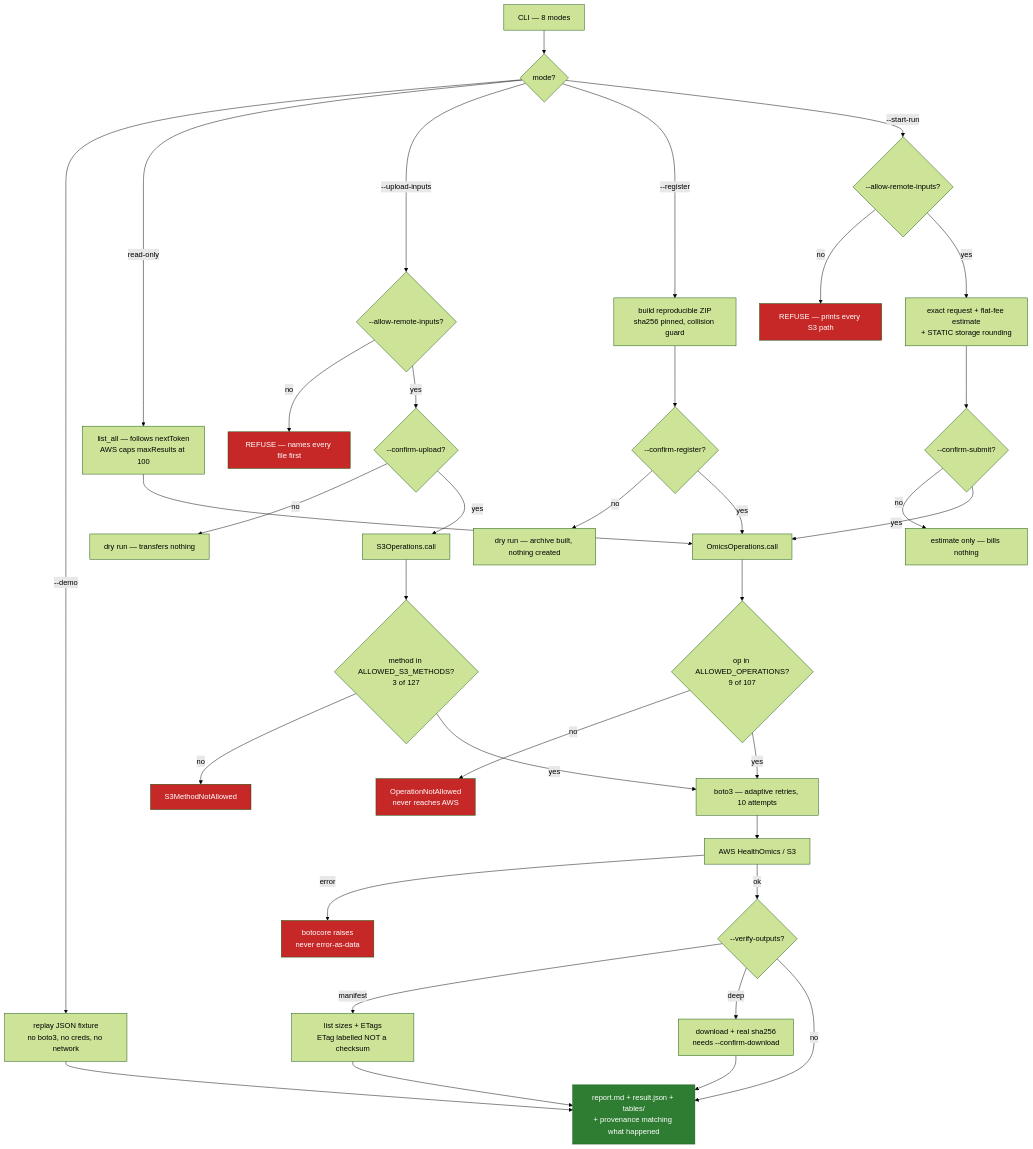
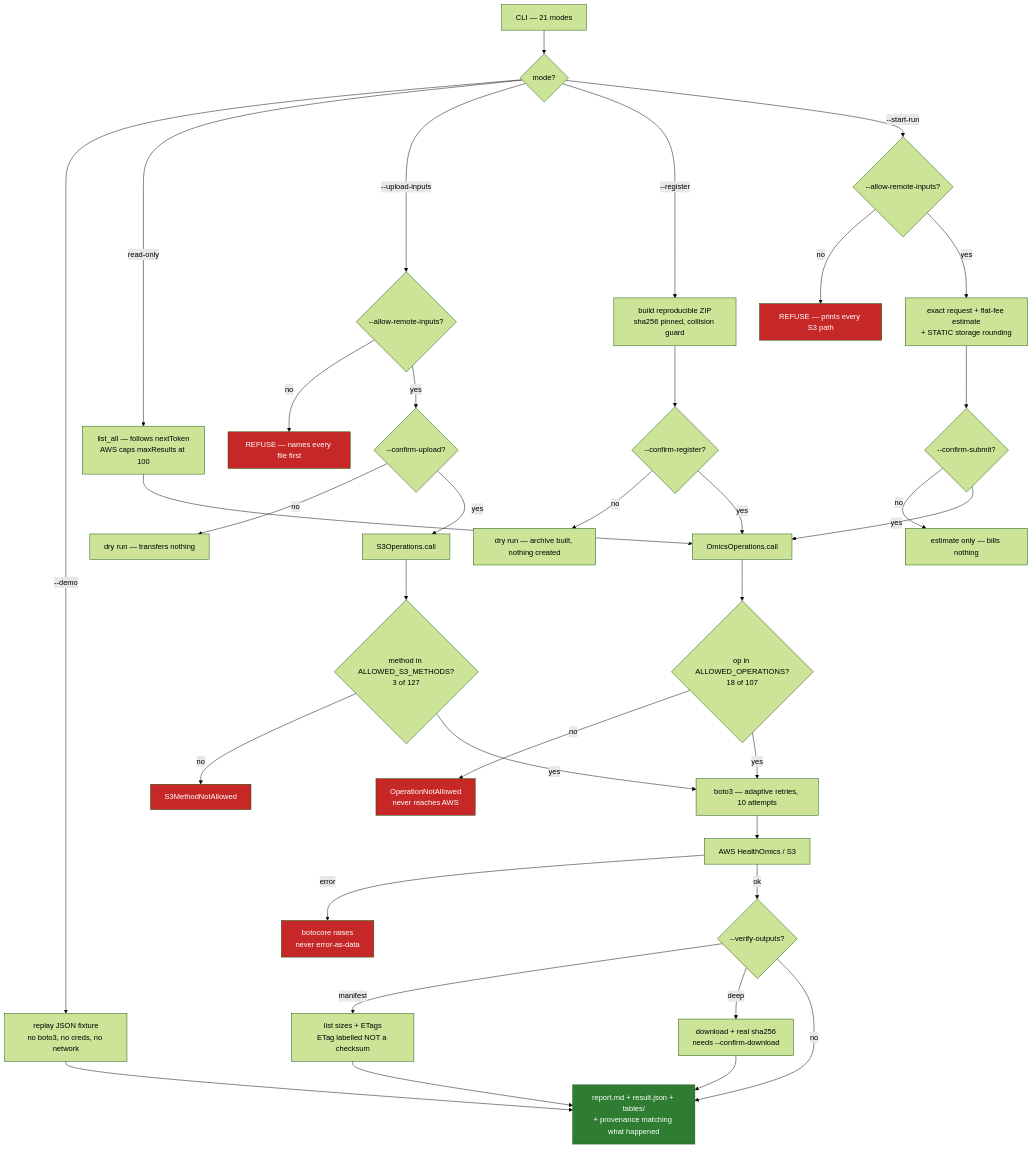
One commit to DNAWave-bio/ClawBio changed the diagram in skills/healthomics-bridge/COMPARISON.md. Above: the diagram before and after it, drawn with Mermaid (forest theme). The commit also changed other lines of this file and 13 other files, not shown here.

````diff
--- a/skills/healthomics-bridge/COMPARISON.md
+++ b/skills/healthomics-bridge/COMPARISON.md
@@ -113,44 +113,44 @@
 ```mermaid
 flowchart TD
-    CLI["CLI — 8 modes"] --> MODE{mode?}
+    CLI["CLI — 21 modes"] --> MODE{mode?}
     MODE -->|--demo| FIX["replay JSON fixture<br/>no boto3, no creds, no network"]
     MODE -->|read-only| PAGE["list_all — follows nextToken<br/>AWS caps maxResults at 100"]
     MODE -->|--upload-inputs| U1{"--allow-remote-inputs?"}
     U1 -->|no| R0["REFUSE — names every file first"]
     U1 -->|yes| U2{"--confirm-upload?"}
     U2 -->|no| DRY1["dry run — transfers nothing"]
     U2 -->|yes| S3OP["S3Operations.call"]
     MODE -->|--register| REG["build reproducible ZIP<br/>sha256 pinned, collision guard"]
     REG --> RG{"--confirm-register?"}
     RG -->|no| DRY2["dry run — archive built, nothing created"]
     RG -->|yes| CALL
     MODE -->|--start-run| G1{"--allow-remote-inputs?"}
     G1 -->|no| R1["REFUSE — prints every S3 path"]
     G1 -->|yes| EST["exact request + flat-fee estimate<br/>+ STATIC storage rounding"]
     EST --> G2{"--confirm-submit?"}
     G2 -->|no| STOP["estimate only — bills nothing"]
     G2 -->|yes| CALL
     PAGE --> CALL["OmicsOperations.call"]
-    CALL --> AL{"op in ALLOWED_OPERATIONS?<br/>9 of 107"}
+    CALL --> AL{"op in ALLOWED_OPERATIONS?<br/>18 of 107"}
     AL -->|no| R3["OperationNotAllowed<br/>never reaches AWS"]
     AL -->|yes| BOTO
     S3OP --> SAL{"method in ALLOWED_S3_METHODS?<br/>3 of 127"}
     SAL -->|no| R5["S3MethodNotAllowed"]
     SAL -->|yes| BOTO["boto3 — adaptive retries, 10 attempts"]
     BOTO --> AWS["AWS HealthOmics / S3"]
     AWS -->|error| R4["botocore raises<br/>never error-as-data"]
     AWS -->|ok| VER{"--verify-outputs?"}
     VER -->|manifest| MAN["list sizes + ETags<br/>ETag labelled NOT a checksum"]
     VER -->|deep| DEEP["download + real sha256<br/>needs --confirm-download"]
     VER -->|no| BUNDLE
     MAN --> BUNDLE
     DEEP --> BUNDLE["report.md + result.json + tables/<br/>+ provenance matching what happened"]
     FIX --> BUNDLE
 
     style R0 fill:#c62828,color:#fff
     style R1 fill:#c62828,color:#fff
     style R3 fill:#c62828,color:#fff
     style R4 fill:#c62828,color:#fff
     style R5 fill:#c62828,color:#fff
     style BUNDLE fill:#2e7d32,color:#fff
 ```
````
